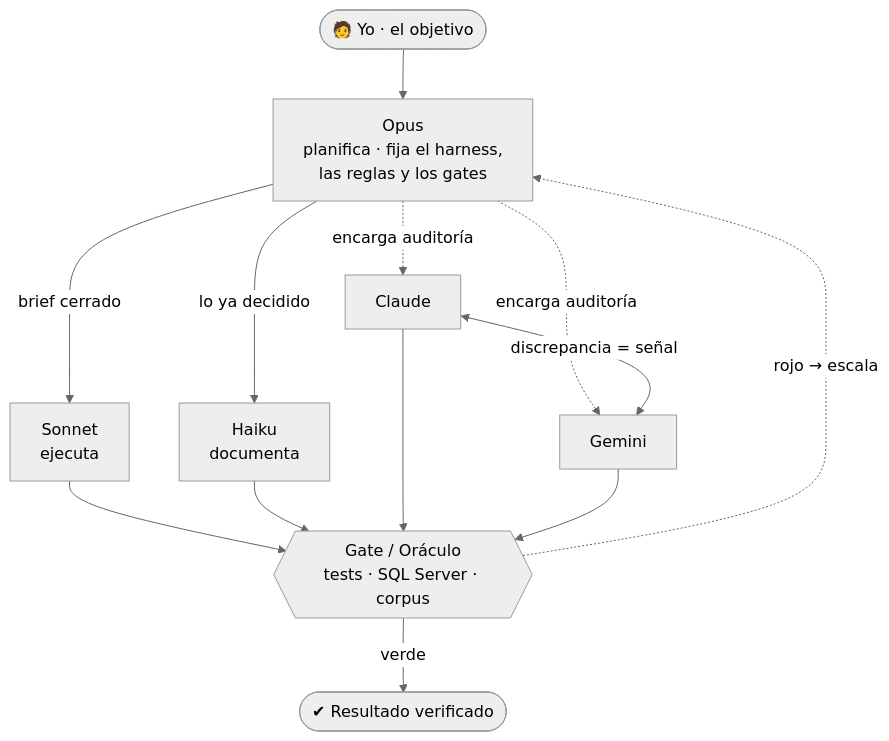
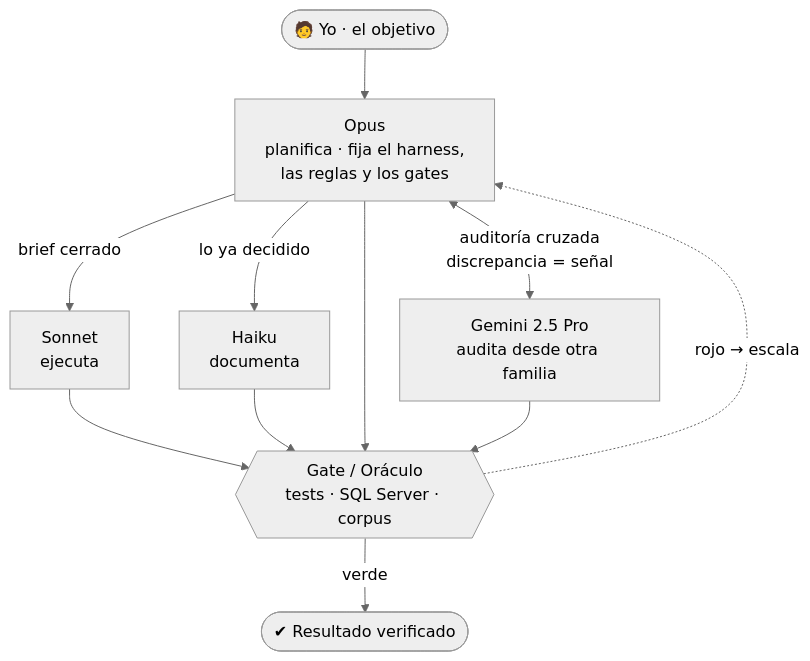
One commit to rcm-on/quarz-blog changed the diagram in content/04 Arquitectura IA/orquestar-un-equipo-de-modelos.md. Above: the diagram before and after it, drawn with Mermaid (neutral theme). The commit also changed other lines of this file, not shown here.

Commit message:
Diagrama: Claude es la familia, no un modelo - la auditoria cruzada es Opus vs Gemini 2.5 Pro

````diff
--- a/content/04 Arquitectura IA/orquestar-un-equipo-de-modelos.md
+++ b/content/04 Arquitectura IA/orquestar-un-equipo-de-modelos.md
@@ -18,15 +18,13 @@
 ```mermaid
 flowchart TD
     R(["🧑 Yo · el objetivo"]) --> O["Opus<br/>planifica · fija el harness,<br/>las reglas y los gates"]
     O -->|brief cerrado| S["Sonnet<br/>ejecuta"]
     O -->|lo ya decidido| H["Haiku<br/>documenta"]
-    O -.encarga auditoría.-> C["Claude"]
-    O -.encarga auditoría.-> G["Gemini"]
-    C <-->|"discrepancia = señal"| G
+    O <-->|"auditoría cruzada<br/>discrepancia = señal"| G["Gemini 2.5 Pro<br/>audita desde otra familia"]
     S --> GATE{{"Gate / Oráculo<br/>tests · SQL Server · corpus"}}
     H --> GATE
-    C --> GATE
+    O --> GATE
     G --> GATE
     GATE -->|verde| DONE(["✔ Resultado verificado"])
     GATE -.->|"rojo → escala"| O
 ```
````
